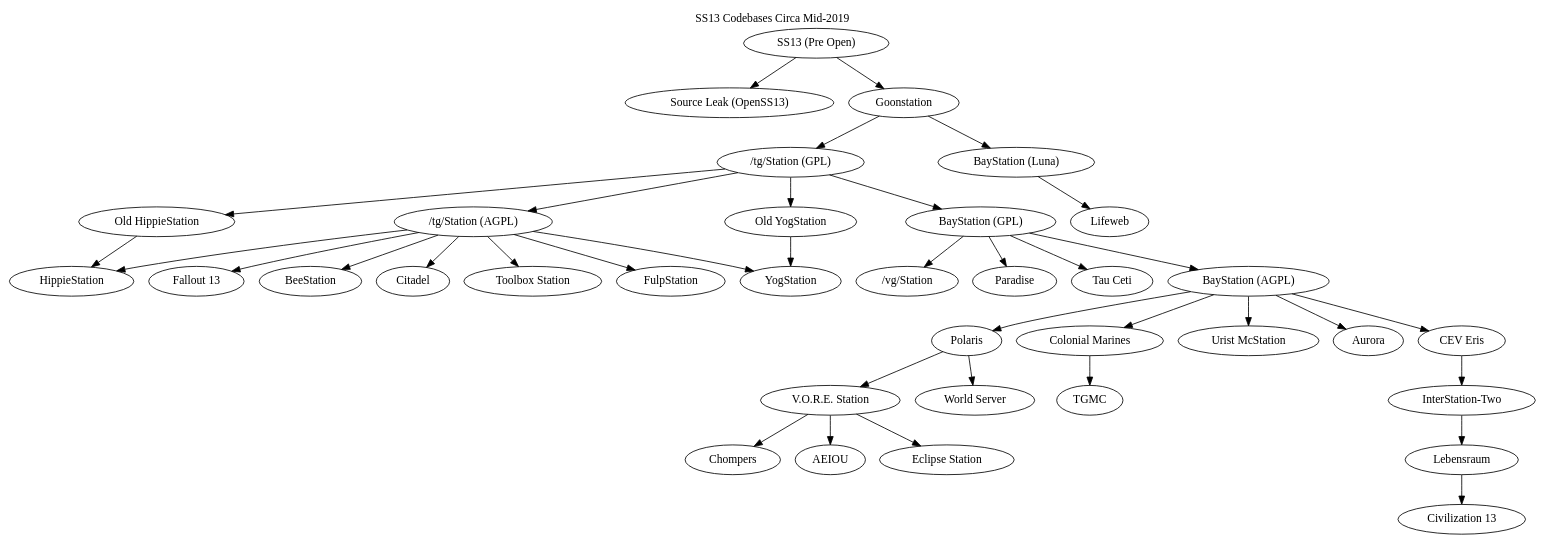
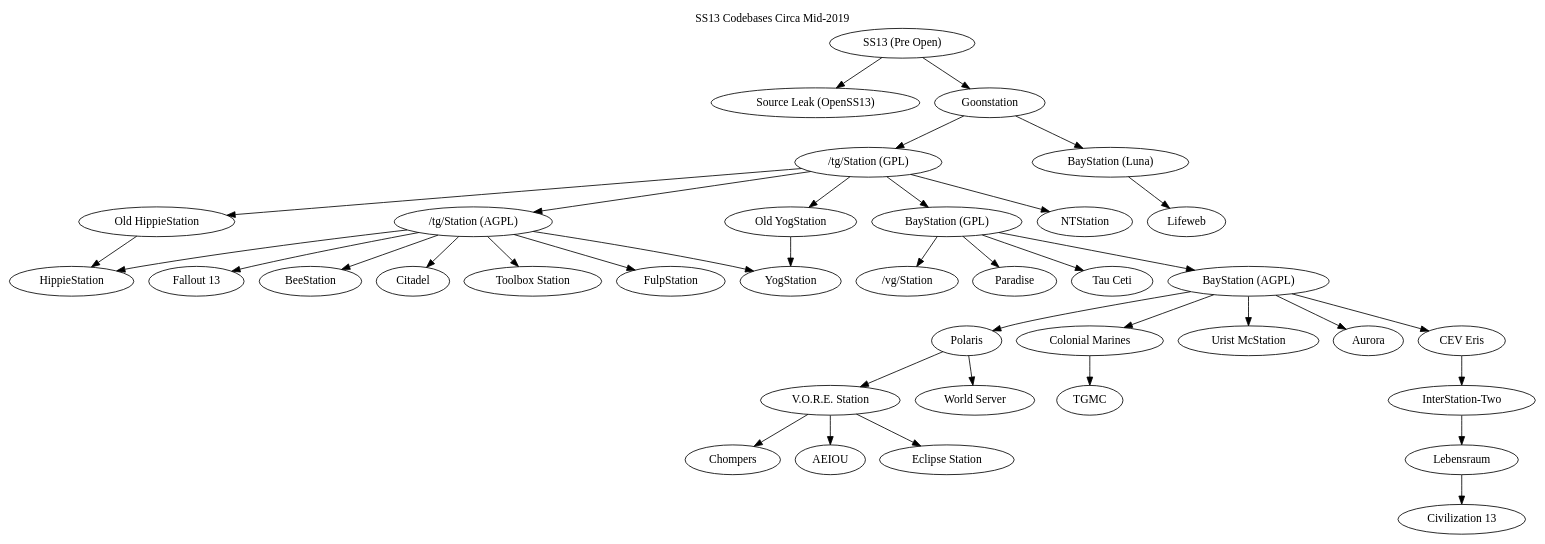
The diagram in tree.dot (spacestation13/SS13-Codebases), drawn with Graphviz before and after one commit.

Commit message:
NTStation

```diff
--- a/tree.dot
+++ b/tree.dot
@@ -1,40 +1,41 @@
 digraph  G {
 	label = "SS13 Codebases Circa Mid-2019"
 	labelloc="t"
 	"SS13 (Pre Open)" -> "Source Leak (OpenSS13)"
 	"SS13 (Pre Open)" -> "Goonstation"
 	"Goonstation" -> "/tg/Station (GPL)"
 	"Goonstation" -> "BayStation (Luna)"
 	"BayStation (Luna)" -> "Lifeweb" 
 	"/tg/Station (GPL)" -> "/tg/Station (AGPL)"
 	"/tg/Station (GPL)" -> "BayStation (GPL)" 
 	"/tg/Station (GPL)" -> "Old HippieStation"
 	"/tg/Station (GPL)" -> "Old YogStation"
+	"/tg/Station (GPL)" -> "NTStation"
 	"Old YogStation" -> "YogStation"
 	"Old HippieStation" -> "HippieStation"
 	"/tg/Station (AGPL)" -> "YogStation"
 	"/tg/Station (AGPL)" -> "Fallout 13"
 	"/tg/Station (AGPL)" -> "BeeStation"
 	"/tg/Station (AGPL)" -> "HippieStation"
 	"/tg/Station (AGPL)" -> "Citadel"
 	"/tg/Station (AGPL)" -> "Toolbox Station"
 	"/tg/Station (AGPL)" -> "FulpStation"
 	"BayStation (GPL)" -> "/vg/Station"
 	"BayStation (GPL)" -> "Paradise"
 	"BayStation (GPL)" -> "Tau Ceti"
 	"BayStation (GPL)" -> "BayStation (AGPL)"
 	"BayStation (AGPL)" -> "Polaris"
 	"BayStation (AGPL)" -> "Colonial Marines"
 	"BayStation (AGPL)" -> "Urist McStation"
 	"BayStation (AGPL)" -> "Aurora"
 	"BayStation (AGPL)" -> "CEV Eris"
 	"CEV Eris" -> "InterStation-Two"
 	"InterStation-Two" -> "Lebensraum"
 	"Lebensraum" -> "Civilization 13"
 	"Colonial Marines" -> "TGMC"
 	"Polaris" -> "V.O.R.E. Station"
 	"Polaris" -> "World Server"
 	"V.O.R.E. Station" -> "Chompers"
 	"V.O.R.E. Station" -> "AEIOU"
 	"V.O.R.E. Station" -> "Eclipse Station" 
 }
```
